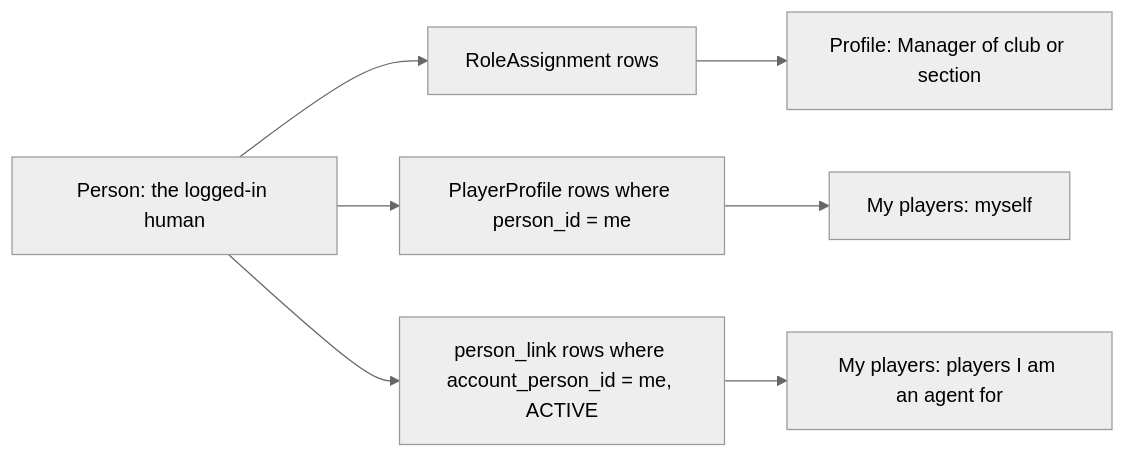
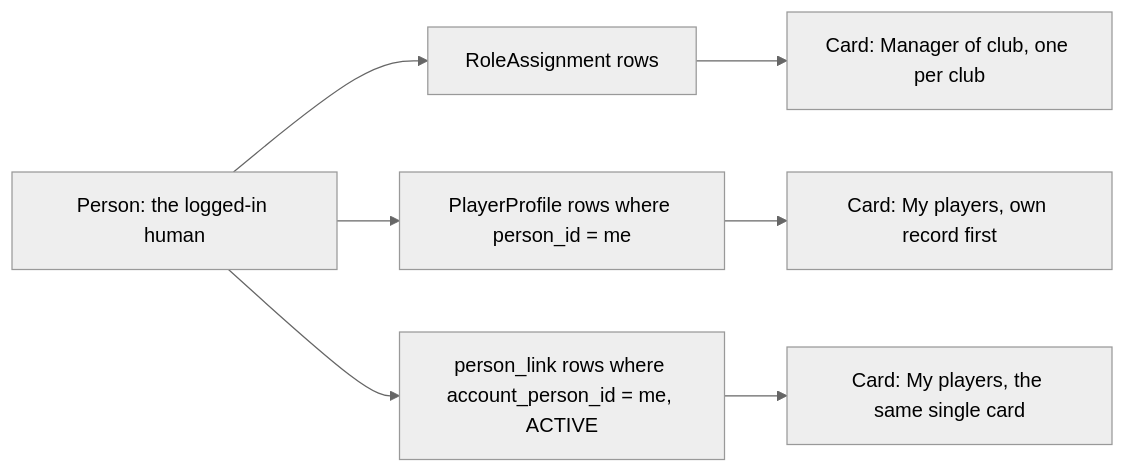
One commit to jakesvdw77/cricket-platform changed the second of 2 diagrams in docs/specs/119-login-account-journey.md. Above: the diagram before and after it, drawn with Mermaid (neutral theme). The commit also changed other lines of this file, not shown here.

First line of the commit message:
docs(spec): settle SMTP, show birth year and merge the My players card in spec 119

````diff
--- a/docs/specs/119-login-account-journey.md
+++ b/docs/specs/119-login-account-journey.md
@@ -287,9 +290,9 @@
 ```mermaid
 flowchart LR
     P[Person: the logged-in human] --> RA[RoleAssignment rows]
     P --> PP[PlayerProfile rows where person_id = me]
     P --> PL[person_link rows where account_person_id = me, ACTIVE]
-    RA --> M[Profile: Manager of club or section]
-    PP --> S[My players: myself]
-    PL --> G[My players: players I am an agent for]
+    RA --> M[Card: Manager of club, one per club]
+    PP --> S[Card: My players, own record first]
+    PL --> G[Card: My players, the same single card]
 ```
````
